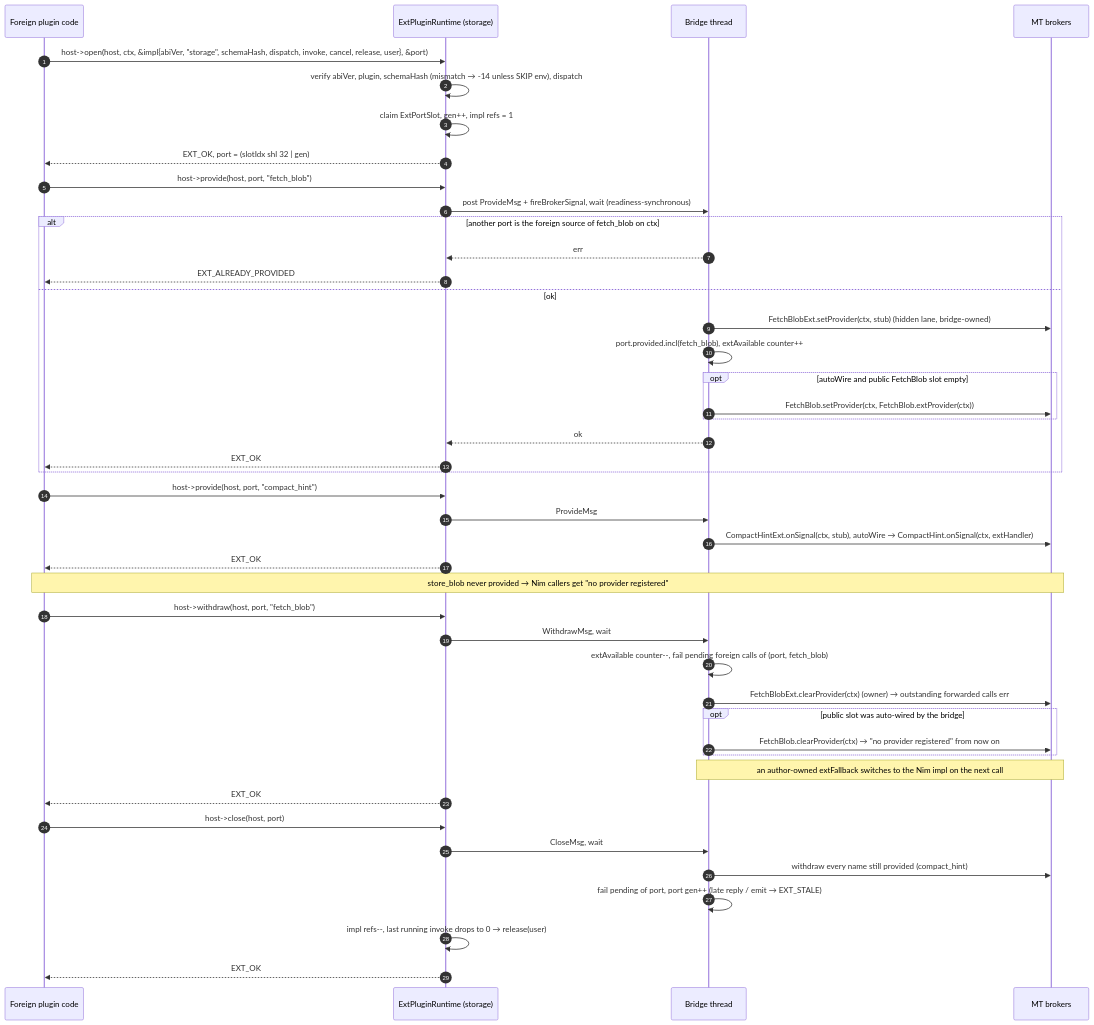
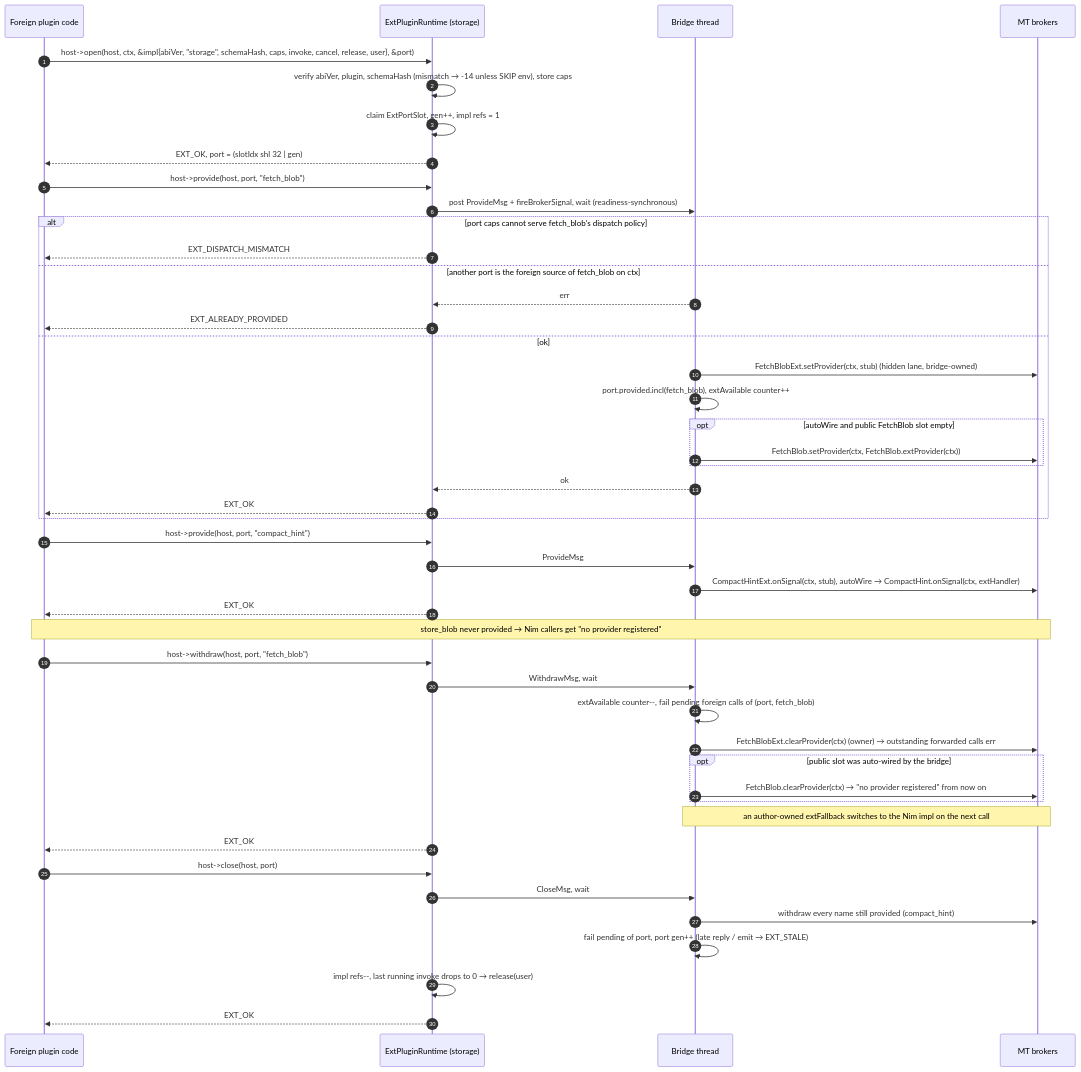
One commit to NagyZoltanPeter/nim-brokers changed the eighth of 17 diagrams in doc/design/EXTAPI_PLAN.md. Above: the diagram before and after it, drawn with Mermaid. The commit also changed other lines of this file, not shown here.

First line of the commit message:
docs(design): EXTAPI plan — caps check, PR #65 dependency, examples

````diff
--- a/doc/design/EXTAPI_PLAN.md
+++ b/doc/design/EXTAPI_PLAN.md
@@ -665,50 +678,52 @@
 ```mermaid
 sequenceDiagram
   autonumber
   participant App as Foreign plugin code
   participant P as ExtPluginRuntime (storage)
   participant B as Bridge thread
   participant MT as MT brokers
 
-  App->>P: host->open(host, ctx, &impl{abiVer, "storage", schemaHash, dispatch, invoke, cancel, release, user}, &port)
-  P->>P: verify abiVer, plugin, schemaHash (mismatch → -14 unless SKIP env), dispatch
+  App->>P: host->open(host, ctx, &impl{abiVer, "storage", schemaHash, caps, invoke, cancel, release, user}, &port)
+  P->>P: verify abiVer, plugin, schemaHash (mismatch → -14 unless SKIP env), store caps
   P->>P: claim ExtPortSlot, gen++, impl refs = 1
   P-->>App: EXT_OK, port = (slotIdx shl 32 | gen)
 
   App->>P: host->provide(host, port, "fetch_blob")
   P->>B: post ProvideMsg + fireBrokerSignal, wait (readiness-synchronous)
-  alt another port is the foreign source of fetch_blob on ctx
+  alt port caps cannot serve fetch_blob's dispatch policy
+    P-->>App: EXT_DISPATCH_MISMATCH
+  else another port is the foreign source of fetch_blob on ctx
     B-->>P: err
     P-->>App: EXT_ALREADY_PROVIDED
   else ok
     B->>MT: FetchBlobExt.setProvider(ctx, stub) (hidden lane, bridge-owned)
     B->>B: port.provided.incl(fetch_blob), extAvailable counter++
     opt autoWire and public FetchBlob slot empty
       B->>MT: FetchBlob.setProvider(ctx, FetchBlob.extProvider(ctx))
     end
     B-->>P: ok
     P-->>App: EXT_OK
   end
   App->>P: host->provide(host, port, "compact_hint")
   P->>B: ProvideMsg
   B->>MT: CompactHintExt.onSignal(ctx, stub), autoWire → CompactHint.onSignal(ctx, extHandler)
   P-->>App: EXT_OK
   Note over App,MT: store_blob never provided → Nim callers get "no provider registered"
 
   App->>P: host->withdraw(host, port, "fetch_blob")
   P->>B: WithdrawMsg, wait
   B->>B: extAvailable counter--, fail pending foreign calls of (port, fetch_blob)
   B->>MT: FetchBlobExt.clearProvider(ctx) (owner) → outstanding forwarded calls err
   opt public slot was auto-wired by the bridge
     B->>MT: FetchBlob.clearProvider(ctx) → "no provider registered" from now on
   end
   Note over B,MT: an author-owned extFallback switches to the Nim impl on the next call
   P-->>App: EXT_OK
 
   App->>P: host->close(host, port)
   P->>B: CloseMsg, wait
   B->>MT: withdraw every name still provided (compact_hint)
   B->>B: fail pending of port, port gen++ (late reply / emit → EXT_STALE)
   P->>P: impl refs--, last running invoke drops to 0 → release(user)
   P-->>App: EXT_OK
 ```
````
